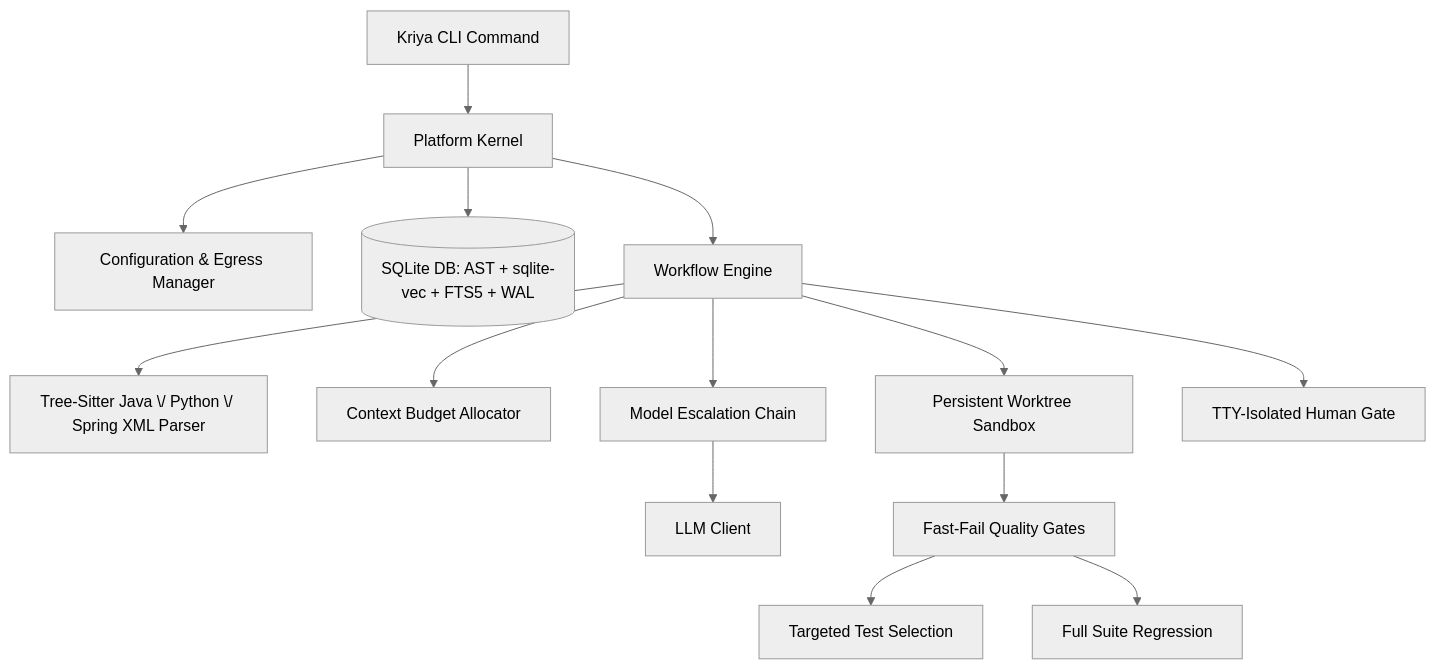
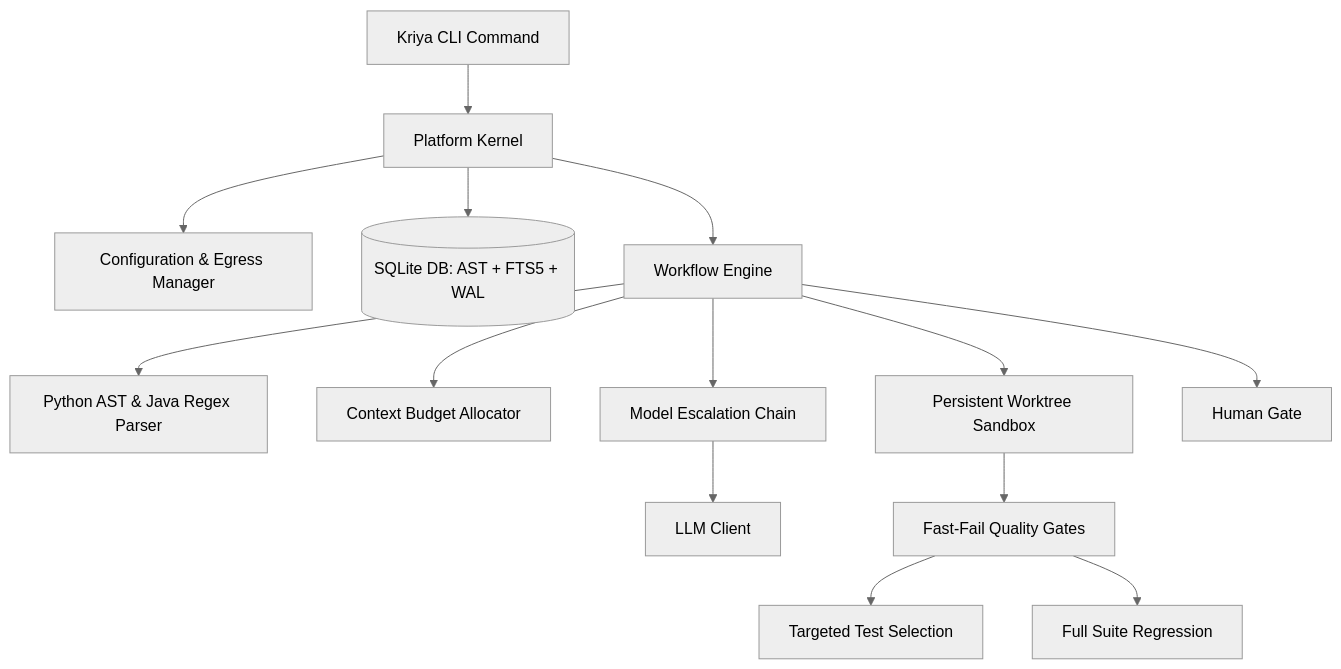
One commit to snanduri7/kriya changed the diagram in docs/design.md. Above: the diagram before and after it, drawn with Mermaid (neutral theme). The commit also changed other lines of this file and 8 other files, not shown here.

Commit message:
refactor: replace tree-sitter with native Python AST and remove sqlite-vec dependency for local vector calculations

````diff
--- a/docs/design.md
+++ b/docs/design.md
@@ -11,16 +11,16 @@
 ```mermaid
 graph TD
     CLI[Kriya CLI Command] --> Kernel[Platform Kernel]
     Kernel --> Config[Configuration & Egress Manager]
-    Kernel --> SQLite[(SQLite DB: AST + sqlite-vec + FTS5 + WAL)]
+    Kernel --> SQLite[(SQLite DB: AST + FTS5 + WAL)]
     Kernel --> Workflow[Workflow Engine]
-    Workflow --> ASTParser[Tree-Sitter Java \/ Python \/ Spring XML Parser]
+    Workflow --> ASTParser[Python AST & Java Regex Parser]
     Workflow --> Budget[Context Budget Allocator]
     Workflow --> Escalation[Model Escalation Chain]
     Escalation --> LLMClient[LLM Client]
     Workflow --> Sandbox[Persistent Worktree Sandbox]
     Sandbox --> Gates[Fast-Fail Quality Gates]
     Gates --> Targeted[Targeted Test Selection]
     Gates --> FullSuite[Full Suite Regression]
-    Workflow --> Approval[TTY-Isolated Human Gate]
+    Workflow --> Approval[Human Gate]
 ```
````
